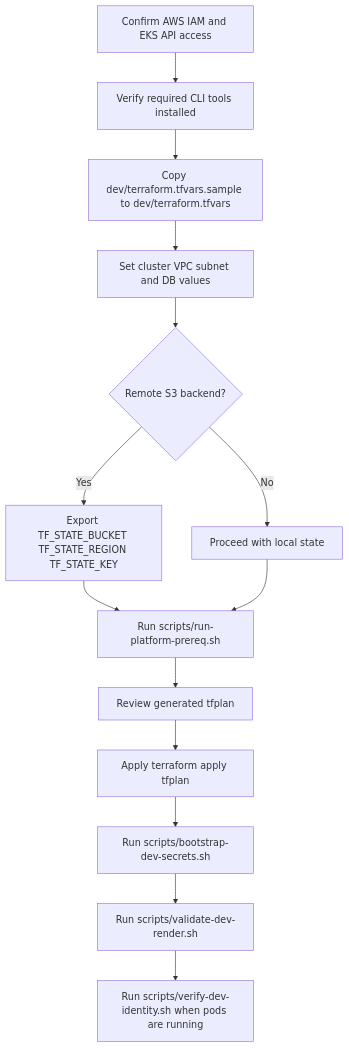
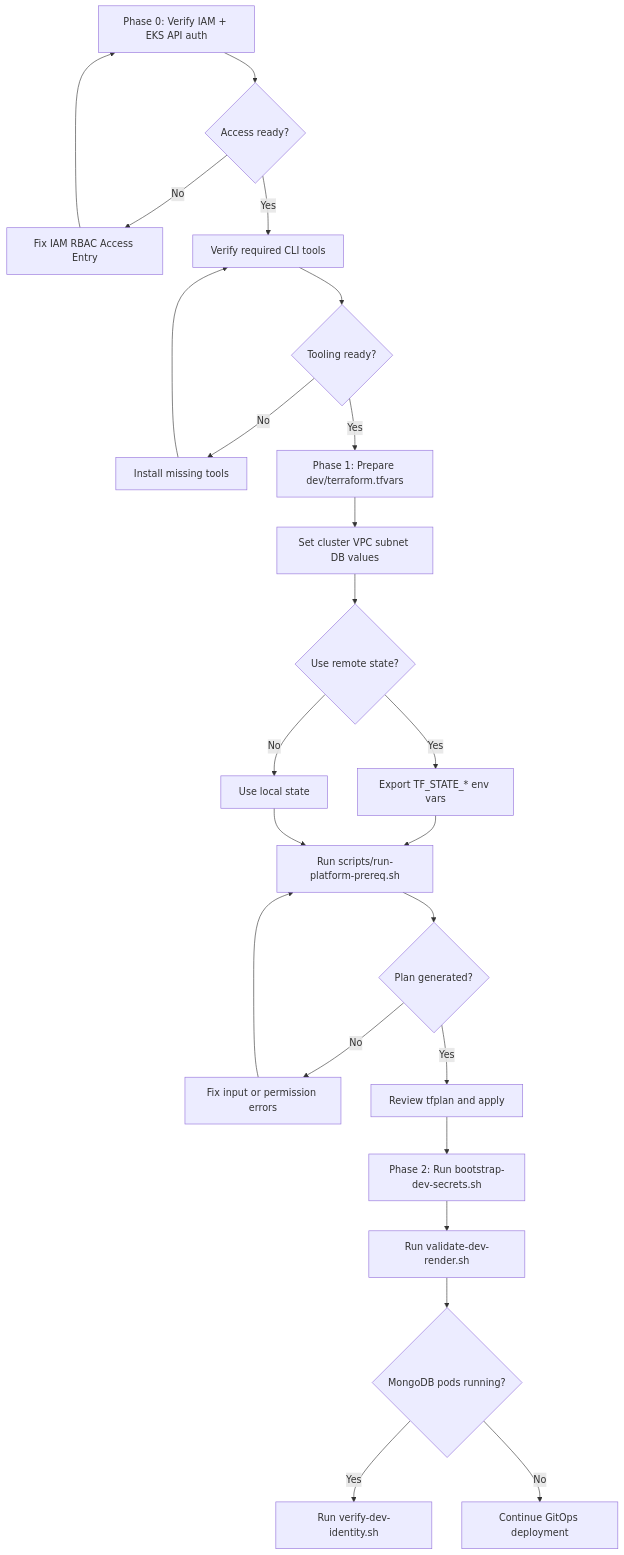
The second of 8 diagrams in platform-prerequisites/terraform/README.md (sml-global/mongodb), drawn with Mermaid before and after one commit. The commit also changed other lines of this file and 2 other files, not shown here.

````diff
--- a/platform-prerequisites/terraform/README.md
+++ b/platform-prerequisites/terraform/README.md
@@ -96,16 +95,26 @@
 ```mermaid
 flowchart TD
-  A[Confirm AWS IAM and EKS API access] --> B[Verify required CLI tools installed]
-  B --> C[Copy dev/terraform.tfvars.sample to dev/terraform.tfvars]
-  C --> D[Set cluster VPC subnet and DB values]
-  D --> E{Remote S3 backend?}
-  E -->|Yes| F[Export TF_STATE_BUCKET TF_STATE_REGION TF_STATE_KEY]
-  E -->|No| G[Proceed with local state]
-  F --> H[Run scripts/run-platform-prereq.sh]
-  G --> H
-  H --> I[Review generated tfplan]
-  I --> J[Apply terraform apply tfplan]
-  J --> K[Run scripts/bootstrap-dev-secrets.sh]
-  K --> L[Run scripts/validate-dev-render.sh]
-  L --> M[Run scripts/verify-dev-identity.sh when pods are running]
+  A[Phase 0: Verify IAM + EKS API auth] --> B{Access ready?}
+  B -->|No| C[Fix IAM RBAC Access Entry]
+  C --> A
+  B -->|Yes| D[Verify required CLI tools]
+  D --> E{Tooling ready?}
+  E -->|No| F[Install missing tools]
+  F --> D
+  E -->|Yes| G[Phase 1: Prepare dev/terraform.tfvars]
+  G --> H[Set cluster VPC subnet DB values]
+  H --> I{Use remote state?}
+  I -->|Yes| J[Export TF_STATE_* env vars]
+  I -->|No| K[Use local state]
+  J --> L[Run scripts/run-platform-prereq.sh]
+  K --> L
+  L --> M{Plan generated?}
+  M -->|No| N[Fix input or permission errors]
+  N --> L
+  M -->|Yes| O[Review tfplan and apply]
+  O --> P[Phase 2: Run bootstrap-dev-secrets.sh]
+  P --> Q[Run validate-dev-render.sh]
+  Q --> R{MongoDB pods running?}
+  R -->|Yes| S[Run verify-dev-identity.sh]
+  R -->|No| T[Continue GitOps deployment]
 ```
````
